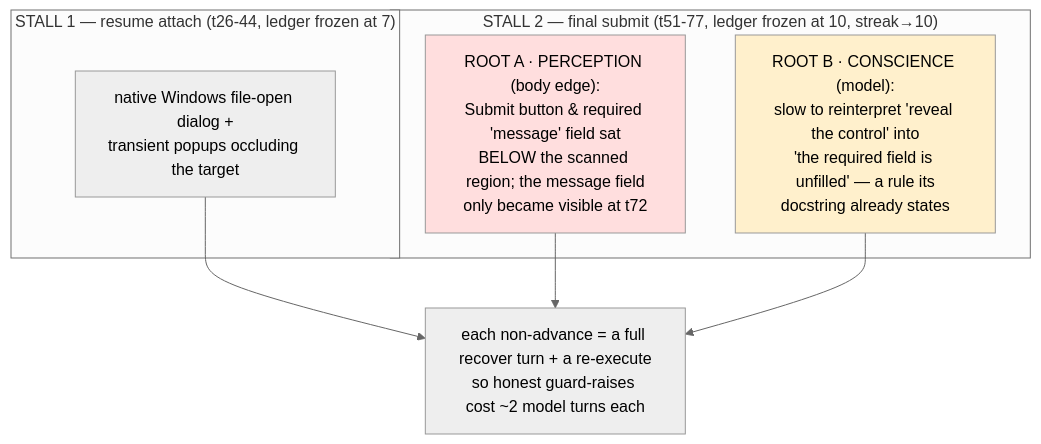
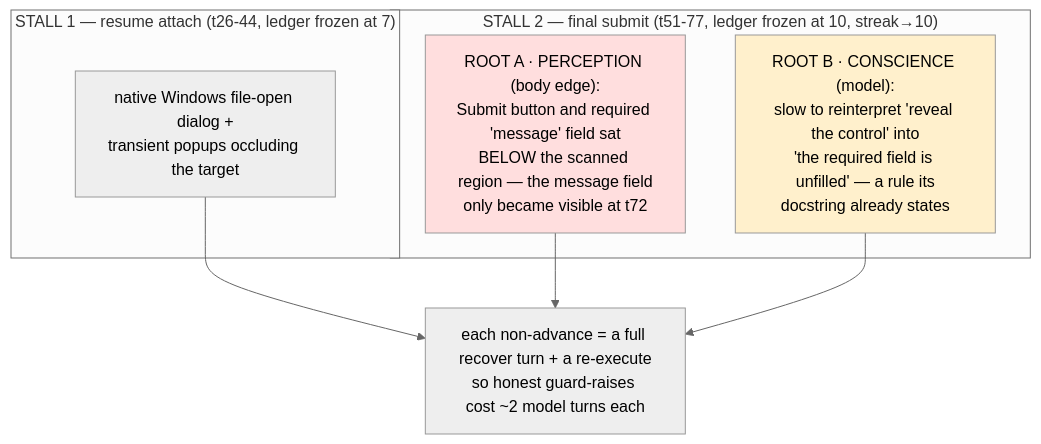
Before and after one commit to wgabrys88/endgame-ai: the sixth of 8 diagrams in README.md, drawn with Mermaid (neutral theme). The commit also changed other lines of this file and 1 other file, not shown here.

````diff
--- a/README.md
+++ b/README.md
@@ -216,16 +224,16 @@
 ```mermaid
 flowchart TD
     subgraph S1["STALL 1 — resume attach (t26-44, ledger frozen at 7)"]
         R1["native Windows file-open dialog +<br/>transient popups occluding the target"]
     end
     subgraph S2["STALL 2 — final submit (t51-77, ledger frozen at 10, streak→10)"]
-        R2A["ROOT A · PERCEPTION (body edge):<br/>Submit button & required 'message' field sat<br/>BELOW the scanned region; the message field<br/>only became visible at t72"]
+        R2A["ROOT A · PERCEPTION (body edge):<br/>Submit button and required 'message' field sat<br/>BELOW the scanned region — the message field<br/>only became visible at t72"]
         R2B["ROOT B · CONSCIENCE (model):<br/>slow to reinterpret 'reveal the control' into<br/>'the required field is unfilled' — a rule its<br/>docstring already states"]
     end
     R1 --> COST
     R2A --> COST
     R2B --> COST
     COST["each non-advance = a full recover turn + a re-execute<br/>so honest guard-raises cost ~2 model turns each"]
     style R2A fill:#ffdede
     style R2B fill:#fff0cc
 ```
````
